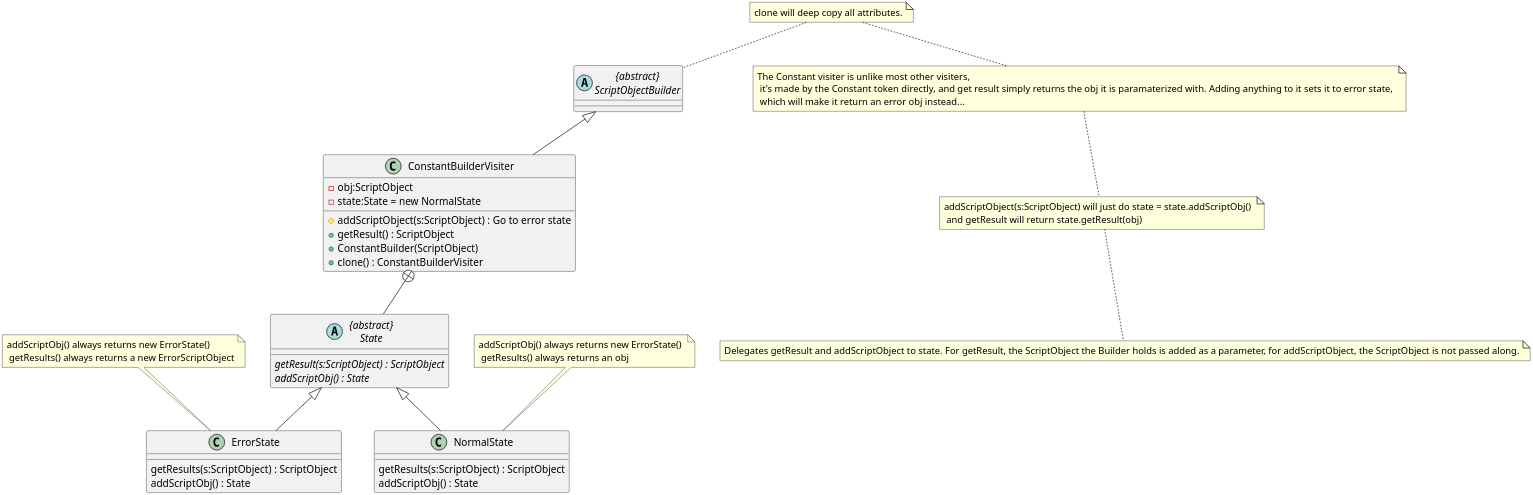
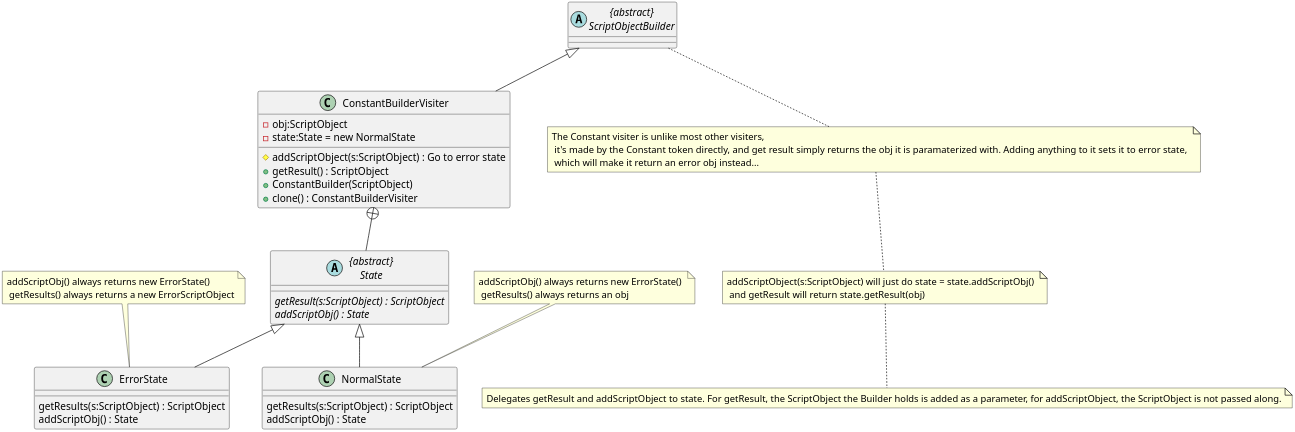
Before and after one commit to MatthewBregg/DesignPatternsRepo: the diagram in Builder/ConstantBuilder.org, drawn with PlantUML. The commit also changed 19 other files, not shown here.

```diff
--- a/Builder/ConstantBuilder.org
+++ b/Builder/ConstantBuilder.org
@@ -2,43 +2,42 @@
   #+BEGIN_SRC plantuml :file ConstantBuilder.png
 skinparam dpi 300
 class ConstantBuilderVisiter
 
 abstract class ScriptObjectBuilder as "{abstract}\nScriptObjectBuilder"
 
 ScriptObjectBuilder <|-- ConstantBuilderVisiter
 
 ConstantBuilderVisiter : #addScriptObject(s:ScriptObject) : Go to error state
 ConstantBuilderVisiter : +getResult() : ScriptObject 
 ConstantBuilderVisiter : -obj:ScriptObject
 ConstantBuilderVisiter : -state:State = new NormalState
 ConstantBuilderVisiter : +ConstantBuilder(ScriptObject)
 ConstantBuilderVisiter : +clone() : ConstantBuilderVisiter
-note top : clone will deep copy all attributes.
 
 
 note bottom : The Constant visiter is unlike most other visiters,\n it's made by the Constant token directly, and get result simply returns the obj it is paramaterized with. Adding anything to it sets it to error state, \n which will make it return an error obj instead...
 note bottom : addScriptObject(s:ScriptObject) will just do state = state.addScriptObj() \n and getResult will return state.getResult(obj)
 note bottom : Delegates getResult and addScriptObject to state. For getResult, the ScriptObject the Builder holds is added as a parameter, for addScriptObject, the ScriptObject is not passed along. 
 
 abstract class State as "{abstract}\nState"
 State : {abstract}getResult(s:ScriptObject) : ScriptObject
 State : {abstract}addScriptObj() : State
 
 ConstantBuilderVisiter +-- State
 
 class ErrorState 
 ErrorState : getResults(s:ScriptObject) : ScriptObject
 ErrorState : addScriptObj() : State 
 
 note top : addScriptObj() always returns new ErrorState() \n getResults() always returns a new ErrorScriptObject
 
 class NormalState 
 NormalState : getResults(s:ScriptObject) : ScriptObject
 NormalState : addScriptObj() : State 
 
 State <|-- ErrorState
 State <|-- NormalState
 
 note top : addScriptObj() always returns new ErrorState() \n getResults() always returns an obj
 
   #+END_SRC
```
